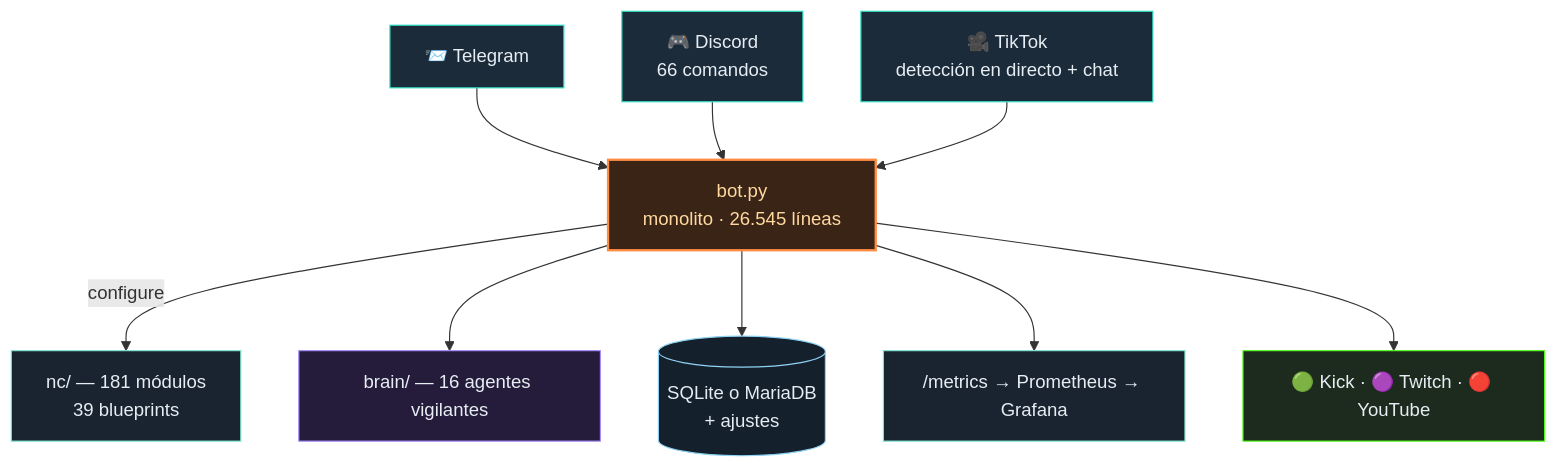
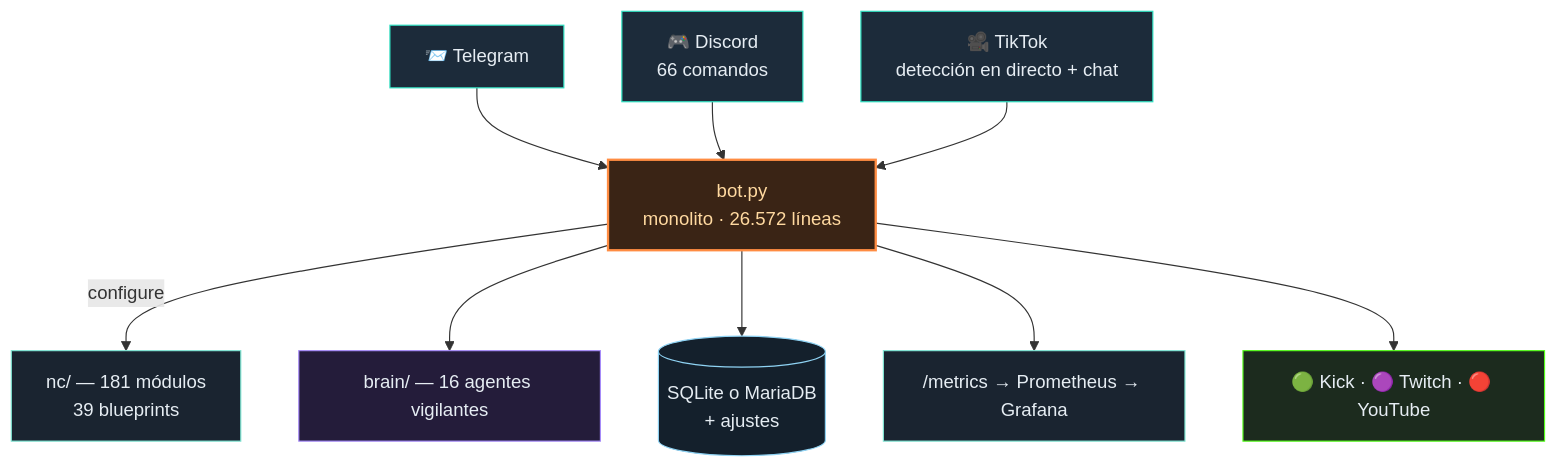
One commit to itsamemedev/Telegram-Stream-Info-Bot changed the diagram in README.es.md. Above: the diagram before and after it, drawn with Mermaid. The commit also changed 7 other files, not shown here.

````diff
--- a/README.es.md
+++ b/README.es.md
@@ -64,18 +64,18 @@
 ```mermaid
 flowchart TB
     TG["📨 Telegram"]:::ein --> BOT
     DC["🎮 Discord<br/>66 comandos"]:::ein --> BOT
     TT["🎥 TikTok<br/>detección en directo + chat"]:::ein --> BOT
-    BOT["bot.py<br/>monolito · 26.545 líneas"]:::core
+    BOT["bot.py<br/>monolito · 26.572 líneas"]:::core
     BOT -->|configure| NC["nc/ — 181 módulos<br/>39 blueprints"]:::lib
     BOT --> BRAIN["brain/ — 16 agentes vigilantes"]:::brain
     BOT --> DB[("SQLite o MariaDB<br/>+ ajustes")]:::db
     BOT --> PROM["/metrics → Prometheus → Grafana"]:::lib
     BOT --> OUT["🟢 Kick · 🟣 Twitch · 🔴 YouTube"]:::out
     classDef ein fill:#1c2b3a,stroke:#2de1c2,color:#e6edf3
     classDef core fill:#3a2415,stroke:#ff8c42,stroke-width:2px,color:#ffd9a0
     classDef lib fill:#1a2430,stroke:#7fe7d4,color:#e6edf3
     classDef brain fill:#241c3a,stroke:#a78bfa,color:#e6edf3
     classDef db fill:#14202c,stroke:#8fd3f4,color:#e6edf3
     classDef out fill:#1c2b1e,stroke:#53fc18,color:#e6edf3
 ```
````
